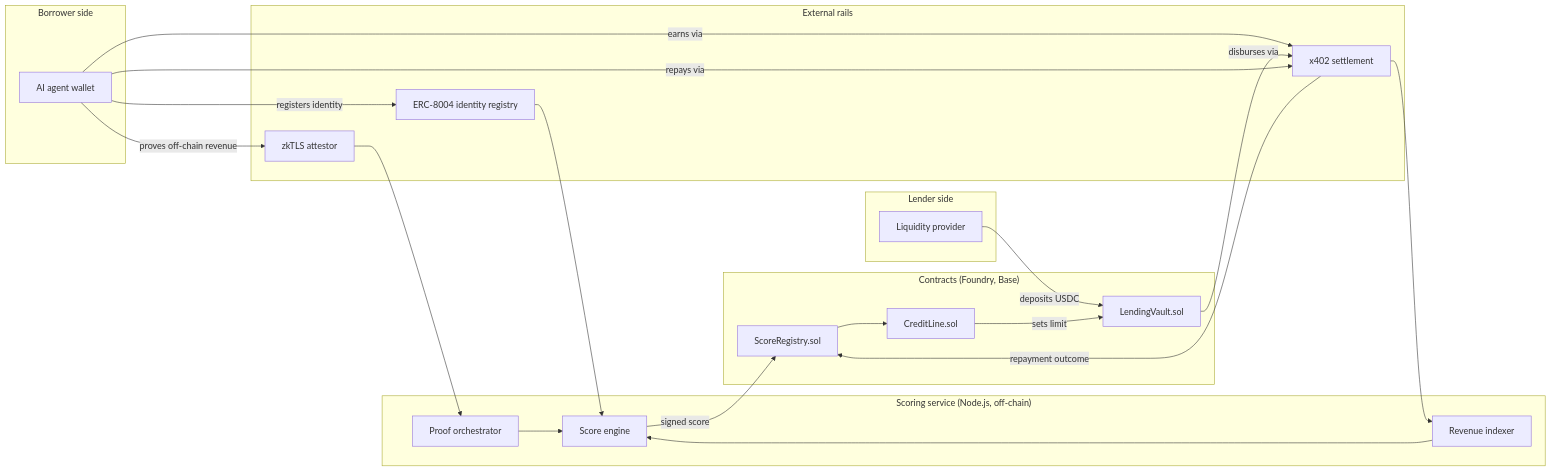
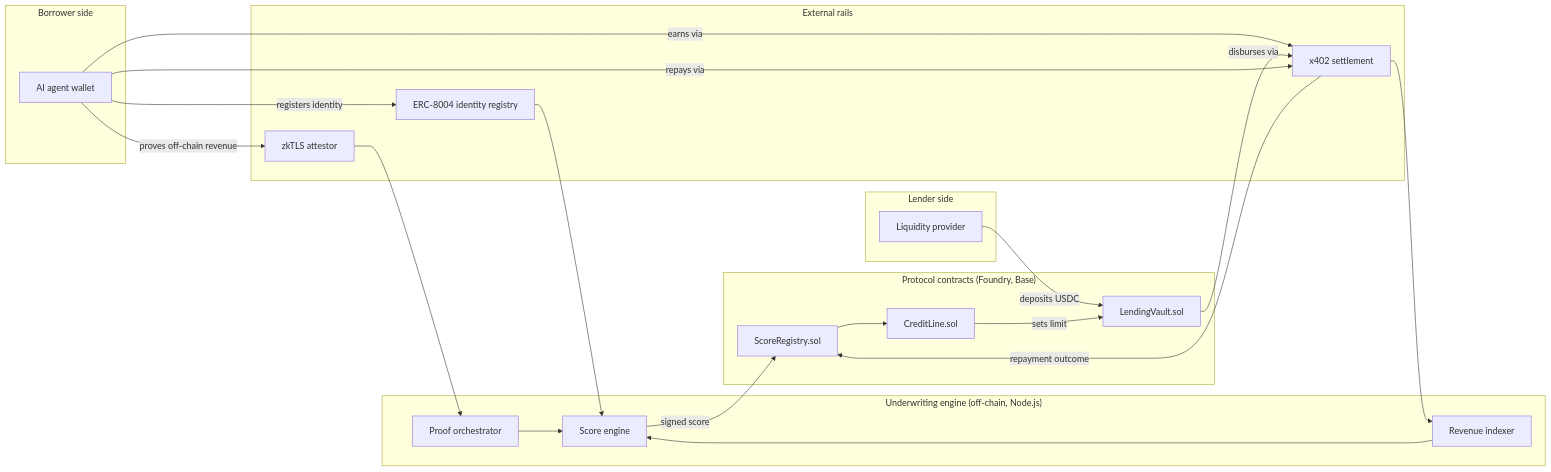
One commit to CodeBlocker52/TrustLine changed the first of 2 diagrams in README.md. Above: the diagram before and after it, drawn with Mermaid. The commit also changed other lines of this file, not shown here.

````diff
--- a/README.md
+++ b/README.md
@@ -75,44 +79,44 @@
 ```mermaid
 flowchart LR
     subgraph Borrower["Borrower side"]
         AG["AI agent wallet"]
     end
 
     subgraph Rails["External rails"]
         X4["x402 settlement"]
         ZK["zkTLS attestor"]
         ID["ERC-8004 identity registry"]
     end
 
-    subgraph Off["Scoring service (Node.js, off-chain)"]
+    subgraph Off["Underwriting engine (off-chain, Node.js)"]
         IDX["Revenue indexer"]
         PRF["Proof orchestrator"]
         ENG["Score engine"]
     end
 
-    subgraph On["Contracts (Foundry, Base)"]
+    subgraph On["Protocol contracts (Foundry, Base)"]
         REG["ScoreRegistry.sol"]
         LINE["CreditLine.sol"]
         VAULT["LendingVault.sol"]
     end
 
     subgraph Lender["Lender side"]
         LP["Liquidity provider"]
     end
 
     AG -- "registers identity" --> ID
     AG -- "earns via" --> X4
     AG -- "proves off-chain revenue" --> ZK
     X4 --> IDX
     ZK --> PRF
     ID --> ENG
     IDX --> ENG
     PRF --> ENG
     ENG -- "signed score" --> REG
     REG --> LINE
     LP -- "deposits USDC" --> VAULT
     LINE -- "sets limit" --> VAULT
     VAULT -- "disburses via" --> X4
     AG -- "repays via" --> X4
     X4 -- "repayment outcome" --> REG
 ```
````
